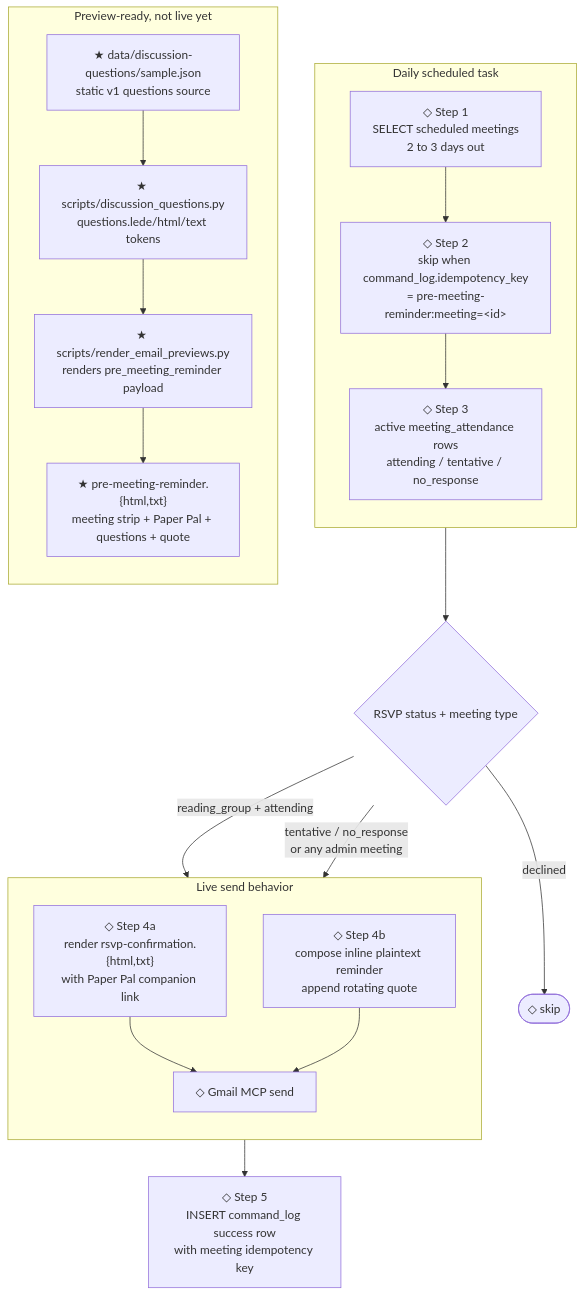
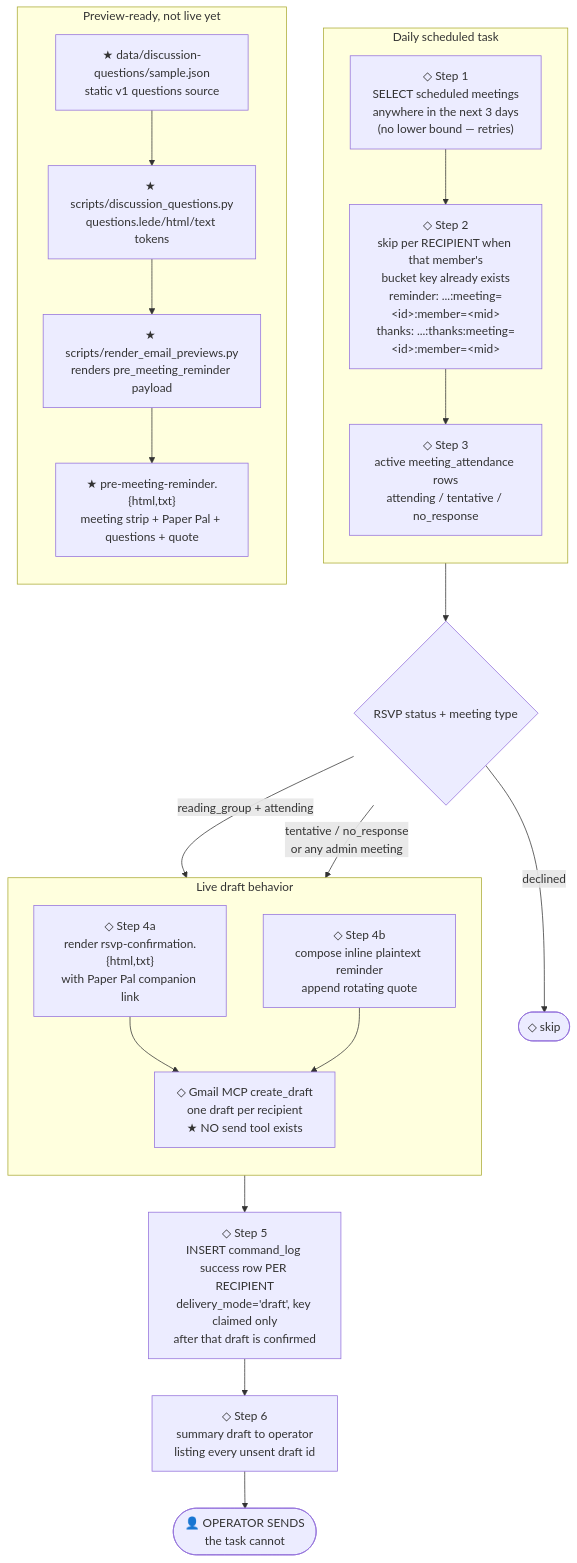
One commit to mrojas54/wids-nyc-reading-group-assistant changed the diagram in docs/pre-meeting-reminder-flow.md. Above: the diagram before and after it, drawn with Mermaid. The commit also changed other lines of this file and 6 other files, not shown here.

````diff
--- a/docs/pre-meeting-reminder-flow.md
+++ b/docs/pre-meeting-reminder-flow.md
@@ -13,36 +13,38 @@
 ```mermaid
 flowchart TD
   subgraph S0["Daily scheduled task"]
     direction TB
-    find["◇ Step 1<br/>SELECT scheduled meetings<br/>2 to 3 days out"]
-    idem["◇ Step 2<br/>skip when command_log.idempotency_key<br/>= pre-meeting-reminder:meeting=&lt;id&gt;"]
+    find["◇ Step 1<br/>SELECT scheduled meetings<br/>anywhere in the next 3 days<br/>(no lower bound — retries)"]
+    idem["◇ Step 2<br/>skip per RECIPIENT when that member's<br/>bucket key already exists<br/>reminder: ...:meeting=&lt;id&gt;:member=&lt;mid&gt;<br/>thanks: ...:thanks:meeting=&lt;id&gt;:member=&lt;mid&gt;"]
     recipients["◇ Step 3<br/>active meeting_attendance rows<br/>attending / tentative / no_response"]
     find --> idem --> recipients
   end
 
   recipients --> bucket{RSVP status + meeting type}
 
   bucket -->|reading_group + attending| thanks
   bucket -->|tentative / no_response<br/>or any admin meeting| plain
   bucket -->|declined| skip([◇ skip])
 
-  subgraph S1["Live send behavior"]
+  subgraph S1["Live draft behavior"]
     direction TB
     thanks["◇ Step 4a<br/>render rsvp-confirmation.{html,txt}<br/>with Paper Pal companion link"]
     plain["◇ Step 4b<br/>compose inline plaintext reminder<br/>append rotating quote"]
-    gmail["◇ Gmail MCP send"]
+    gmail["◇ Gmail MCP create_draft<br/>one draft per recipient<br/>★ NO send tool exists"]
     thanks --> gmail
     plain --> gmail
   end
 
-  gmail --> log["◇ Step 5<br/>INSERT command_log success row<br/>with meeting idempotency key"]
+  gmail --> log["◇ Step 5<br/>INSERT command_log success row PER RECIPIENT<br/>delivery_mode='draft', key claimed only<br/>after that draft is confirmed"]
+  log --> handoff["◇ Step 6<br/>summary draft to operator<br/>listing every unsent draft id"]
+  handoff --> human(["👤 OPERATOR SENDS<br/>the task cannot"])
 
   subgraph S2["Preview-ready, not live yet"]
     direction TB
     sample["★ data/discussion-questions/sample.json<br/>static v1 questions source"]
     compose["★ scripts/discussion_questions.py<br/>questions.lede/html/text tokens"]
     preview["★ scripts/render_email_previews.py<br/>renders pre_meeting_reminder payload"]
     template["★ pre-meeting-reminder.{html,txt}<br/>meeting strip + Paper Pal + questions + quote"]
     sample --> compose --> preview --> template
   end
 ```
````
